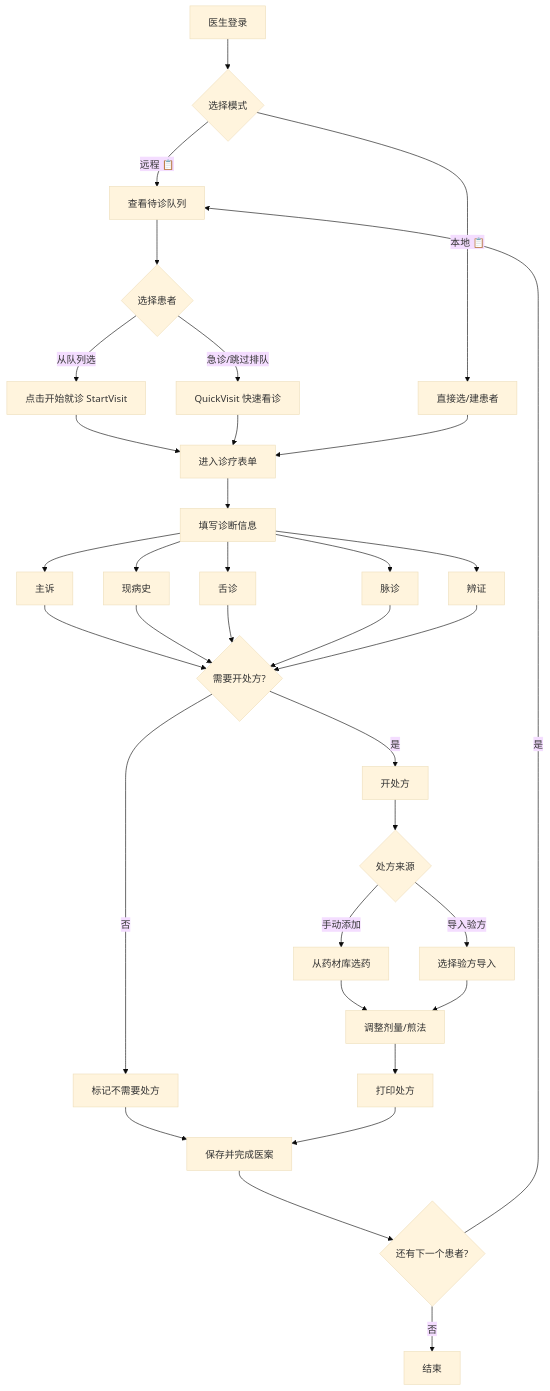
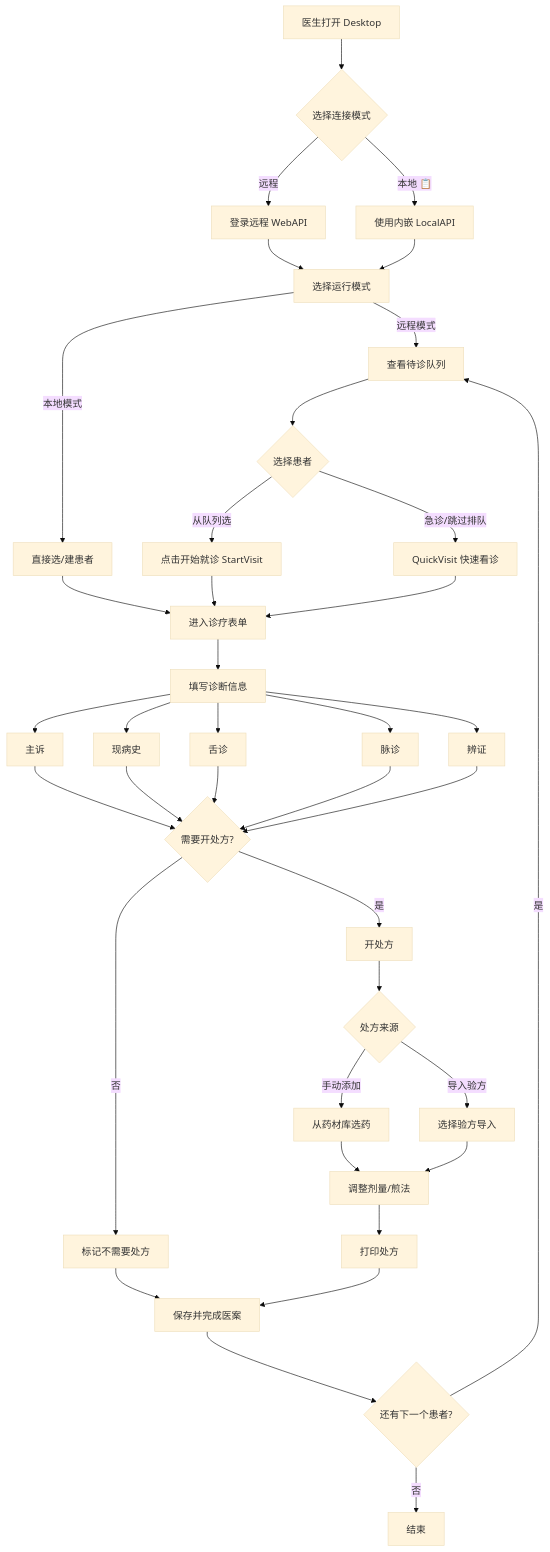
One commit to shouqitao/LYBTZYZS changed the eighth of 11 diagrams in docs/01-product/02-personas.md. Above: the diagram before and after it, drawn with Mermaid (base theme). The commit also changed other lines of this file, not shown here.

Commit message:
docs(personas): clarify Doctor login flow - connection mode before clinical mode
- Step 1: 选择连接模式（远程→WebAPI / 本地→LocalAPI）
- Step 2: 选择运行模式（远程→队列 / 本地→直接看诊）

````diff
--- a/docs/01-product/02-personas.md
+++ b/docs/01-product/02-personas.md
@@ -238,39 +240,41 @@
 ```mermaid
 flowchart TD
-    A[医生登录] --> B{选择模式}
+    A[医生打开 Desktop] --> B{选择连接模式}
+    B -->|远程| C[登录远程 WebAPI]
+    B -->|本地 📋| D[使用内嵌 LocalAPI]
+    C --> E[选择运行模式]
+    D --> E
+    E -->|远程模式| F[查看待诊队列]
+    E -->|本地模式| G[直接选/建患者]
 
-    B -->|远程 📋| C[查看待诊队列]
-    C --> D{选择患者}
-    D -->|从队列选| E[点击开始就诊 StartVisit]
-    D -->|急诊/跳过排队| F[QuickVisit 快速看诊]
+    F --> H{选择患者}
+    H -->|从队列选| I[点击开始就诊 StartVisit]
+    H -->|急诊/跳过排队| J[QuickVisit 快速看诊]
+    G --> K[进入诊疗表单]
+    I --> K
+    J --> K
 
-    B -->|本地 📋| G[直接选/建患者]
+    K --> L[填写诊断信息]
+    L --> L1[主诉]
+    L --> L2[现病史]
+    L --> L3[舌诊]
+    L --> L4[脉诊]
+    L --> L5[辨证]
 
-    E --> H[进入诊疗表单]
-    F --> H
-    G --> H
+    L1 & L2 & L3 & L4 & L5 --> M{需要开处方?}
+    M -->|是| N[开处方]
+    M -->|否| O[标记不需要处方]
 
-    H --> I[填写诊断信息]
-    I --> I1[主诉]
-    I --> I2[现病史]
-    I --> I3[舌诊]
-    I --> I4[脉诊]
-    I --> I5[辨证]
+    N --> N1{处方来源}
+    N1 -->|手动添加| N2[从药材库选药]
+    N1 -->|导入验方| N3[选择验方导入]
+    N2 & N3 --> P[调整剂量/煎法]
 
-    I1 & I2 & I3 & I4 & I5 --> J{需要开处方?}
-    J -->|是| K[开处方]
-    J -->|否| L[标记不需要处方]
+    P --> Q[打印处方]
+    O --> R[保存并完成医案]
+    Q --> R
 
-    K --> K1{处方来源}
-    K1 -->|手动添加| K2[从药材库选药]
-    K1 -->|导入验方| K3[选择验方导入]
-    K2 & K3 --> M[调整剂量/煎法]
-
-    M --> N[打印处方]
-    L --> O[保存并完成医案]
-    N --> O
-
-    O --> P{还有下一个患者?}
-    P -->|是| C
-    P -->|否| Q[结束]
+    R --> S{还有下一个患者?}
+    S -->|是| F
+    S -->|否| T[结束]
 ```
````
